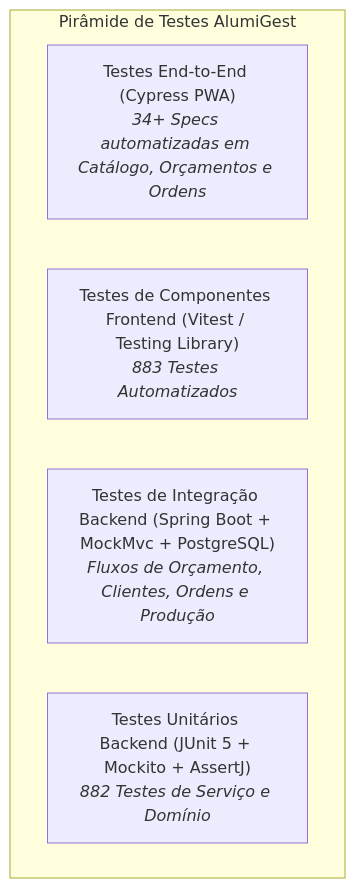
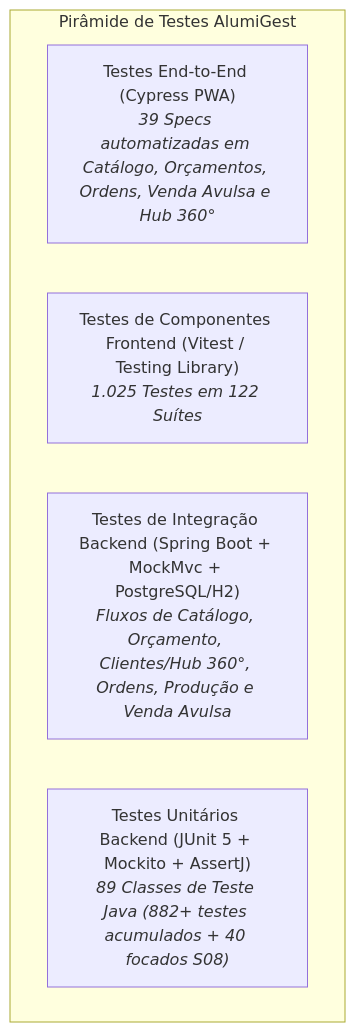
The diagram in docs/projeto-001/003-teste/PLT-Plano_Geral_de_Testes.md (ADS-IFPB-SR/alumigest), drawn with Mermaid before and after one commit. The commit also changed other lines of this file and 33 other files, not shown here.

````diff
--- a/docs/projeto-001/003-teste/PLT-Plano_Geral_de_Testes.md
+++ b/docs/projeto-001/003-teste/PLT-Plano_Geral_de_Testes.md
@@ -30,9 +30,9 @@
 ```mermaid
 graph TD
     subgraph Pirâmide["Pirâmide de Testes AlumiGest"]
-        E2E["Testes End-to-End (Cypress PWA)<br><i>34+ Specs automatizadas em Catálogo, Orçamentos e Ordens</i>"]
-        COMP["Testes de Componentes Frontend (Vitest / Testing Library)<br><i>883 Testes Automatizados</i>"]
-        INTEG["Testes de Integração Backend (Spring Boot + MockMvc + PostgreSQL)<br><i>Fluxos de Orçamento, Clientes, Ordens e Produção</i>"]
-        UNIT["Testes Unitários Backend (JUnit 5 + Mockito + AssertJ)<br><i>882 Testes de Serviço e Domínio</i>"]
+        E2E["Testes End-to-End (Cypress PWA)<br><i>39 Specs automatizadas em Catálogo, Orçamentos, Ordens, Venda Avulsa e Hub 360°</i>"]
+        COMP["Testes de Componentes Frontend (Vitest / Testing Library)<br><i>1.025 Testes em 122 Suítes</i>"]
+        INTEG["Testes de Integração Backend (Spring Boot + MockMvc + PostgreSQL/H2)<br><i>Fluxos de Catálogo, Orçamento, Clientes/Hub 360°, Ordens, Produção e Venda Avulsa</i>"]
+        UNIT["Testes Unitários Backend (JUnit 5 + Mockito + AssertJ)<br><i>89 Classes de Teste Java (882+ testes acumulados + 40 focados S08)</i>"]
     end
 ```
````
